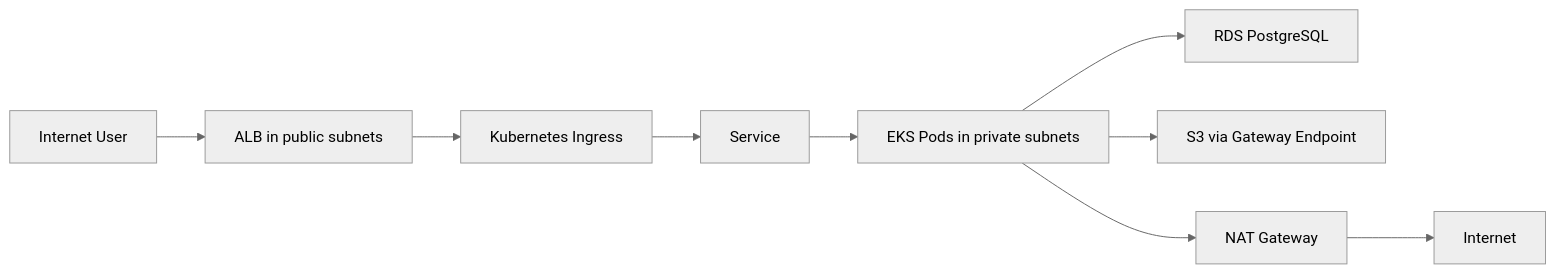
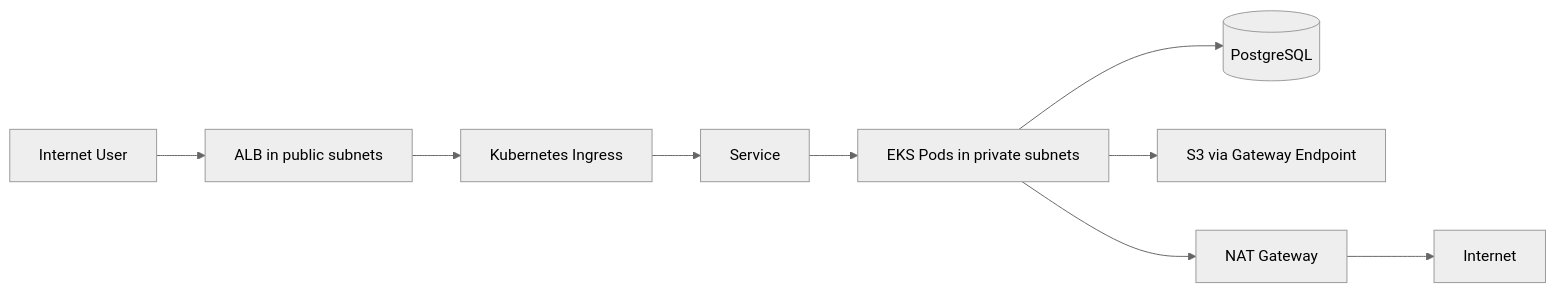
The second of 2 diagrams in README.md (LongNgd/TERRAFORM-AWS-EKS), drawn with Mermaid (neutral theme) before and after one commit. The commit also changed other lines of this file and 11 other files, not shown here.

Commit message:
add PostgreSQL HA stack for EKS with backup and monitoring

````diff
--- a/README.md
+++ b/README.md
@@ -50,11 +58,11 @@
 ```mermaid
 flowchart LR
     U[Internet User] --> ALB[ALB in public subnets]
     ALB --> ING[Kubernetes Ingress]
     ING --> SVC[Service]
     SVC --> POD[EKS Pods in private subnets]
-    POD --> RDS[RDS PostgreSQL]
+    POD --> DB[(PostgreSQL)]
     POD --> S3[S3 via Gateway Endpoint]
     POD --> NAT[NAT Gateway]
     NAT --> NET[Internet]
 ```
````
